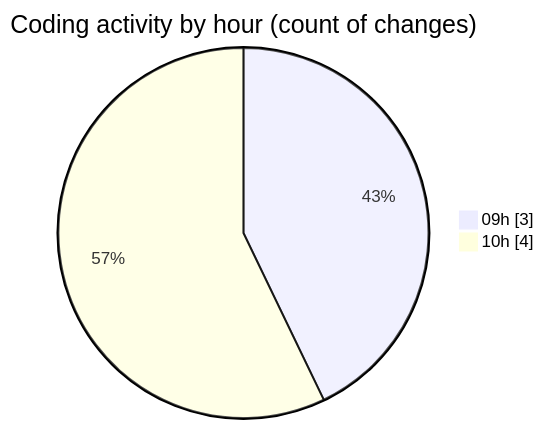
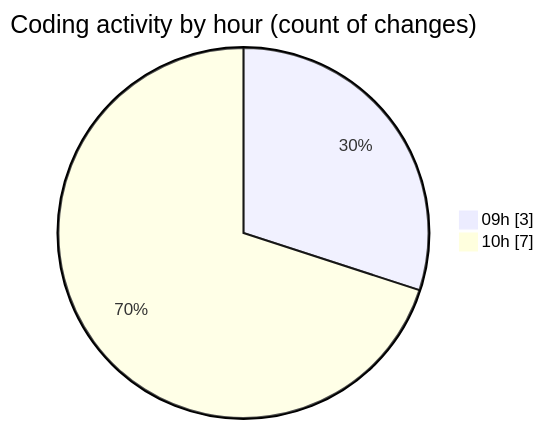
One commit to momahboobian/code-tracking changed the second of 2 diagrams in 2025-10-31/cda/README.md. Above: the diagram before and after it, drawn with Mermaid. The commit also changed other lines of this file and 1 other file, not shown here.

````diff
--- a/2025-10-31/cda/README.md
+++ b/2025-10-31/cda/README.md
@@ -32,6 +34,6 @@
 ```mermaid
 pie showData
 title Coding activity by hour (count of changes)
 "09h" : 3
-"10h" : 4
+"10h" : 7
 ```
````
